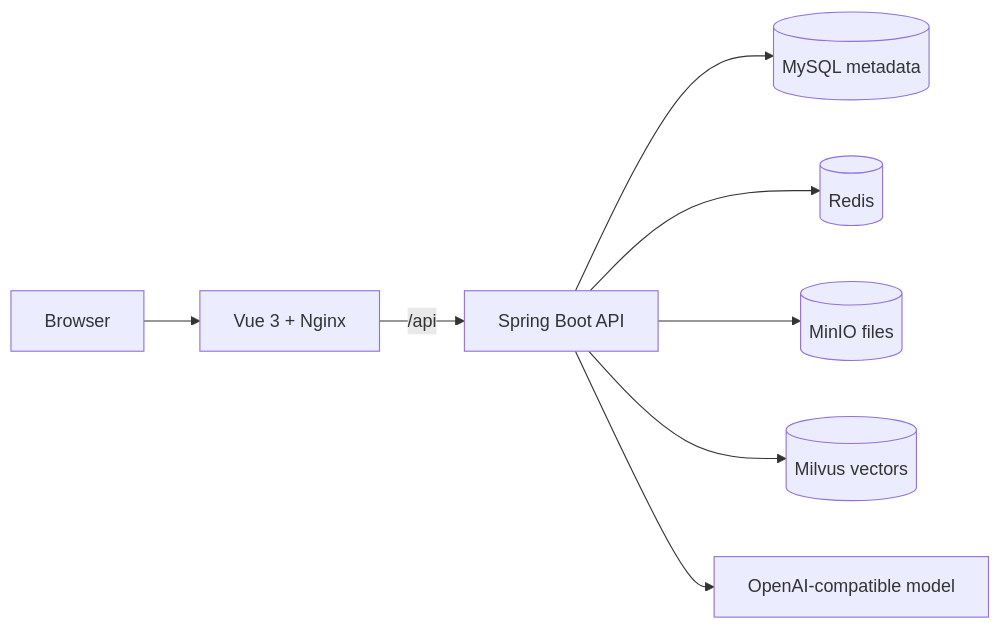
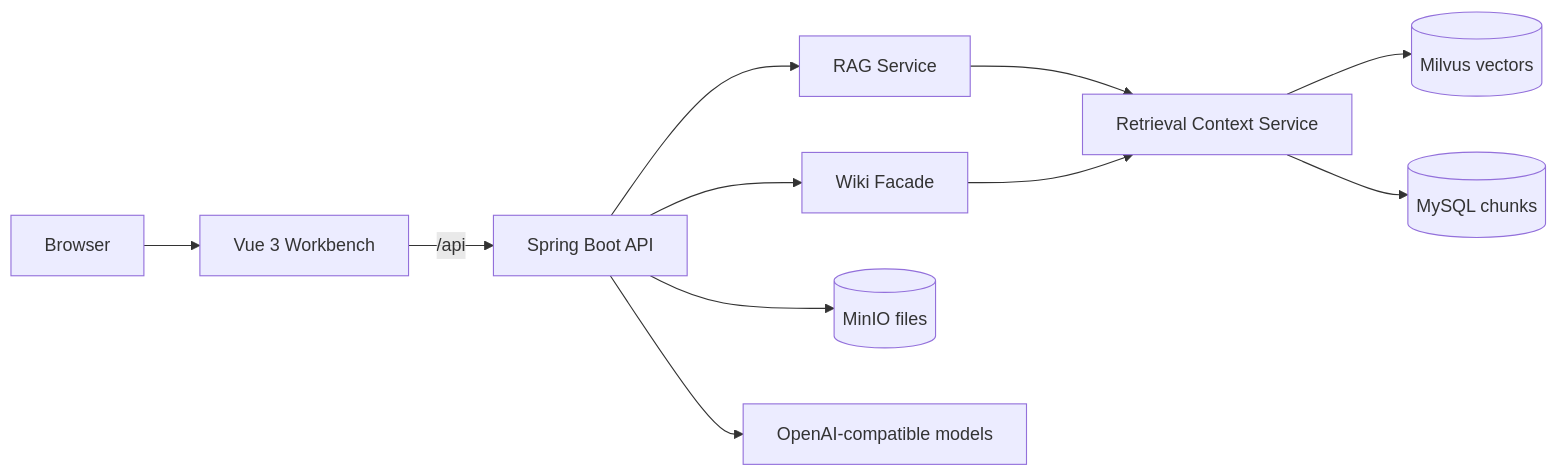
One commit to Harzva/CampusRAG-QA changed the diagram in README.md. Above: the diagram before and after it, drawn with Mermaid. The commit also changed other lines of this file and 13 other files, not shown here.

````diff
--- a/README.md
+++ b/README.md
@@ -37,10 +55,13 @@
 ```mermaid
 flowchart LR
-    User[Browser] --> Frontend[Vue 3 + Nginx]
-    Frontend -->|/api| Backend[Spring Boot API]
-    Backend --> MySQL[(MySQL metadata)]
-    Backend --> Redis[(Redis)]
-    Backend --> MinIO[(MinIO files)]
-    Backend --> Milvus[(Milvus vectors)]
-    Backend --> LLM[OpenAI-compatible model]
+    User["Browser"] --> UI["Vue 3 Workbench"]
+    UI -->|/api| API["Spring Boot API"]
+    API --> RAG["RAG Service"]
+    API --> Wiki["Wiki Facade"]
+    RAG --> Retrieval["Retrieval Context Service"]
+    Wiki --> Retrieval
+    Retrieval --> Milvus[("Milvus vectors")]
+    Retrieval --> MySQL[("MySQL chunks")]
+    API --> MinIO[("MinIO files")]
+    API --> Model["OpenAI-compatible models"]
 ```
````
